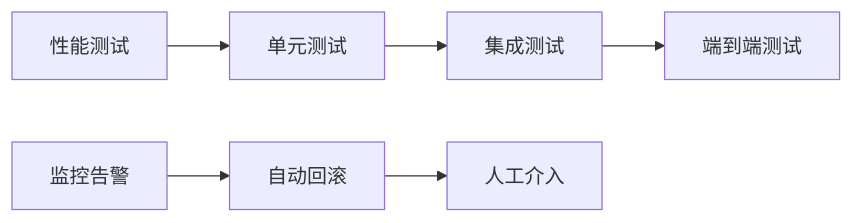
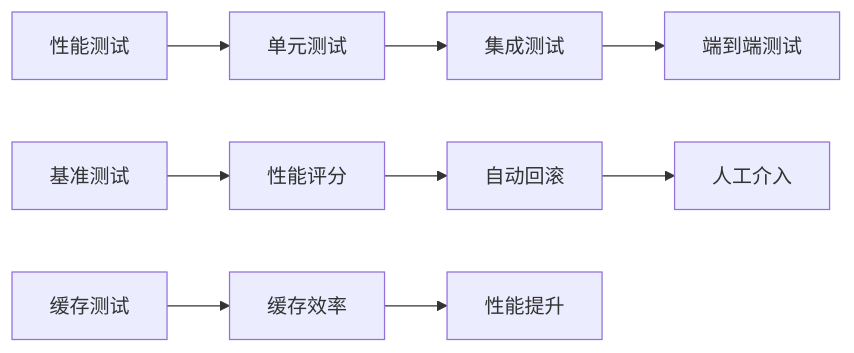
The eighth of 14 diagrams in .qoder/repowiki/zh/content/性能优化/性能监控方案.md (zhangxin19911211-creator/Project_BabyAssistant), drawn with Mermaid before and after one commit. The commit also changed other lines of this file and 24 other files, not shown here.

````diff
--- a/.qoder/repowiki/zh/content/性能优化/性能监控方案.md
+++ b/.qoder/repowiki/zh/content/性能优化/性能监控方案.md
@@ -359,8 +474,11 @@
 ```mermaid
 flowchart LR
 A[性能测试] --> B[单元测试]
 B --> C[集成测试]
 C --> D[端到端测试]
-E[监控告警] --> F[自动回滚]
-F --> G[人工介入]
+E[基准测试] --> F[性能评分]
+F --> G[自动回滚]
+G --> H[人工介入]
+I[缓存测试] --> J[缓存效率]
+J --> K[性能提升]
 ```
````
